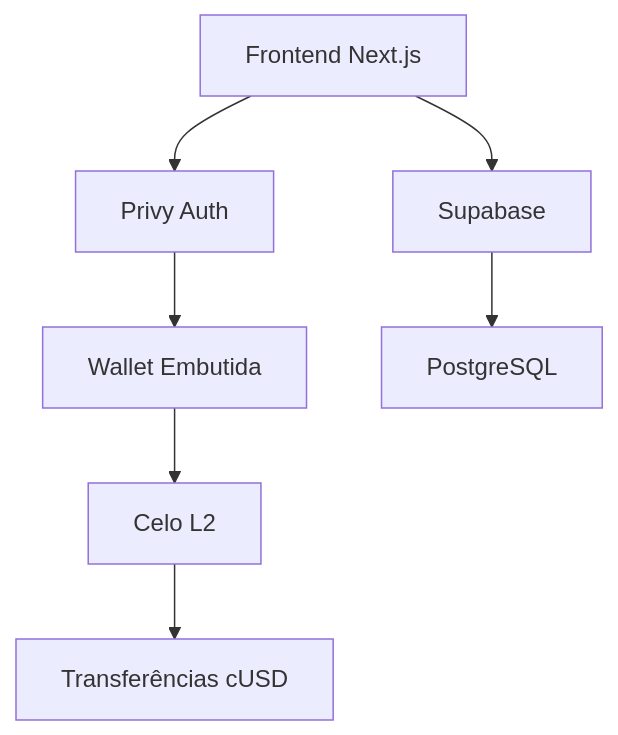
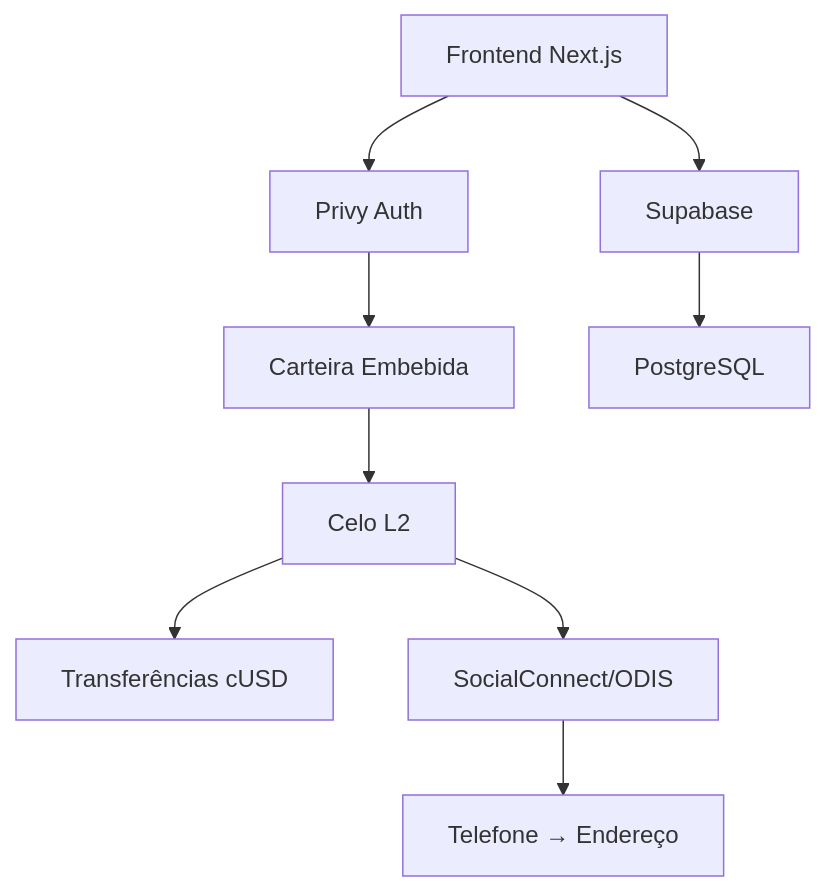
The diagram in README.pt.md (LuisSambrano/puente-fintech-dapp), drawn with Mermaid before and after one commit. The commit also changed other lines of this file and 2 other files, not shown here.

````diff
--- a/README.pt.md
+++ b/README.pt.md
@@ -91,9 +148,11 @@
 ```mermaid
 graph TD
     A[Frontend Next.js] --> B[Privy Auth]
-    B --> C[Wallet Embutida]
+    B --> C[Carteira Embebida]
     C --> D[Celo L2]
     D --> E[Transferências cUSD]
     A --> F[Supabase]
     F --> G[PostgreSQL]
+    D --> H[SocialConnect/ODIS]
+    H --> I[Telefone → Endereço]
 ```
````
